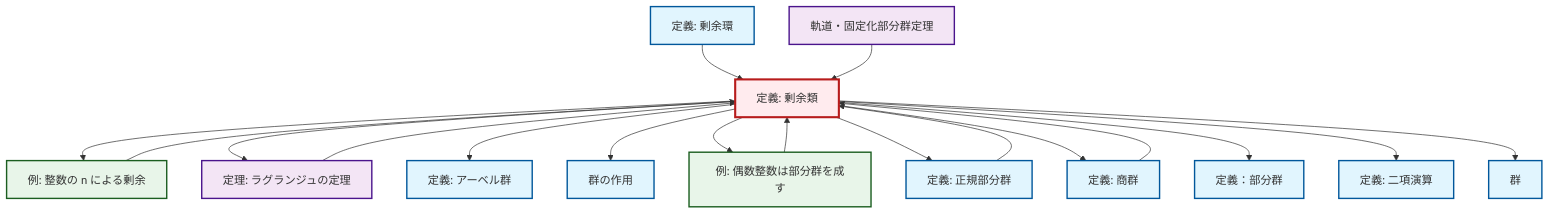
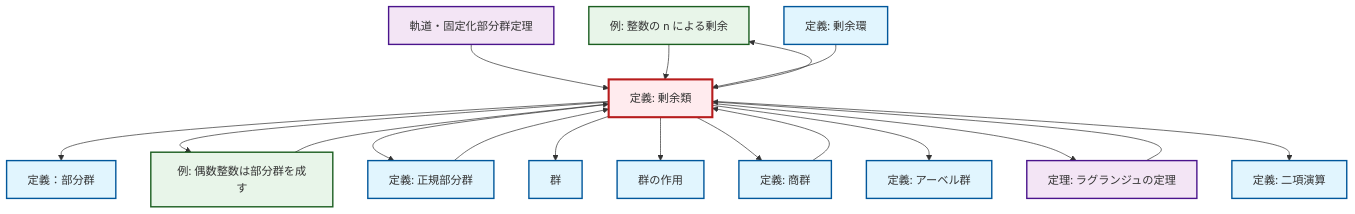
One commit to RK0429/ModernMath changed the diagram in output/mermaid/ja/def-coset.mermaid. Above: the diagram before and after it, drawn with Mermaid. The commit also changed other lines of this file and 1012 other files, not shown here.

```diff
--- a/output/mermaid/ja/def-coset.mermaid
+++ b/output/mermaid/ja/def-coset.mermaid
@@ -1,38 +1,38 @@
 %%| fig-cap: "Local dependency graph"
 graph TD
     classDef definition fill:#e1f5fe,stroke:#01579b,stroke-width:2px
     classDef theorem fill:#f3e5f5,stroke:#4a148c,stroke-width:2px
     classDef axiom fill:#fff3e0,stroke:#e65100,stroke-width:2px
     classDef example fill:#e8f5e9,stroke:#1b5e20,stroke-width:2px
     classDef current fill:#ffebee,stroke:#b71c1c,stroke-width:3px
+    def-subgroup["定義：部分群"]:::definition
     def-binary-operation["定義: 二項演算"]:::definition
+    ex-quotient-integers-mod-n["例: 整数の n による剰余"]:::example
+    thm-orbit-stabilizer["軌道・固定化部分群定理"]:::theorem
+    def-group-action["群の作用"]:::definition
+    def-abelian-group["定義: アーベル群"]:::definition
+    thm-lagrange["定理: ラグランジュの定理"]:::theorem
+    def-normal-subgroup["定義: 正規部分群"]:::definition
     def-coset["定義: 剰余類"]:::definition
-    def-abelian-group["定義: アーベル群"]:::definition
-    def-group-action["群の作用"]:::definition
-    def-normal-subgroup["定義: 正規部分群"]:::definition
-    def-group["群"]:::definition
-    thm-orbit-stabilizer["軌道・固定化部分群定理"]:::theorem
-    thm-lagrange["定理: ラグランジュの定理"]:::theorem
-    ex-quotient-integers-mod-n["例: 整数の n による剰余"]:::example
-    ex-even-integers-subgroup["例: 偶数整数は部分群を成す"]:::example
     def-quotient-ring["定義: 剰余環"]:::definition
     def-quotient-group["定義: 商群"]:::definition
-    def-subgroup["定義：部分群"]:::definition
+    def-group["群"]:::definition
+    ex-even-integers-subgroup["例: 偶数整数は部分群を成す"]:::example
+    def-coset --> def-subgroup
+    def-coset --> ex-even-integers-subgroup
+    def-coset --> def-normal-subgroup
+    thm-orbit-stabilizer --> def-coset
+    def-coset --> def-group
+    thm-lagrange --> def-coset
+    def-coset --> def-group-action
+    def-normal-subgroup --> def-coset
+    def-coset --> def-quotient-group
+    def-coset --> def-abelian-group
+    def-coset --> thm-lagrange
+    ex-quotient-integers-mod-n --> def-coset
+    ex-even-integers-subgroup --> def-coset
     def-quotient-ring --> def-coset
+    def-coset --> def-binary-operation
+    def-quotient-group --> def-coset
     def-coset --> ex-quotient-integers-mod-n
-    def-coset --> thm-lagrange
-    def-coset --> def-abelian-group
-    def-coset --> def-group-action
-    def-quotient-group --> def-coset
-    def-coset --> ex-even-integers-subgroup
-    def-normal-subgroup --> def-coset
-    ex-quotient-integers-mod-n --> def-coset
-    def-coset --> def-normal-subgroup
-    def-coset --> def-quotient-group
-    def-coset --> def-subgroup
-    thm-orbit-stabilizer --> def-coset
-    thm-lagrange --> def-coset
-    def-coset --> def-binary-operation
-    def-coset --> def-group
-    ex-even-integers-subgroup --> def-coset
     class def-coset current
```
